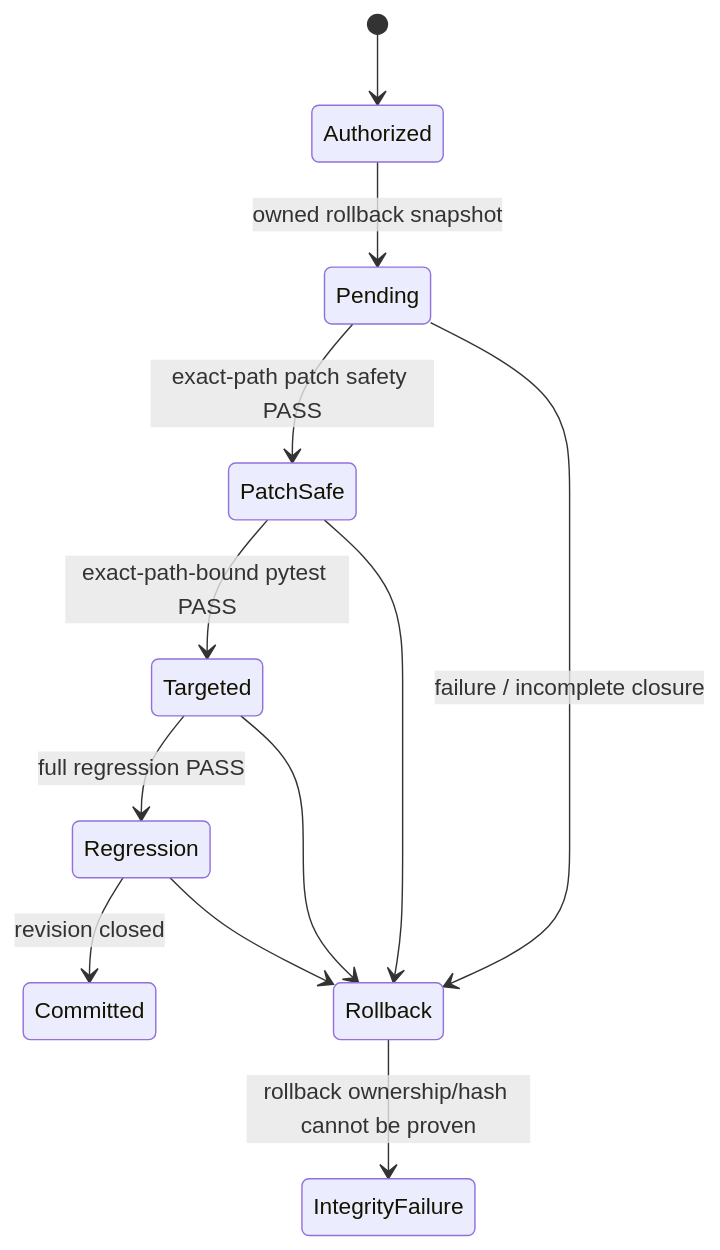
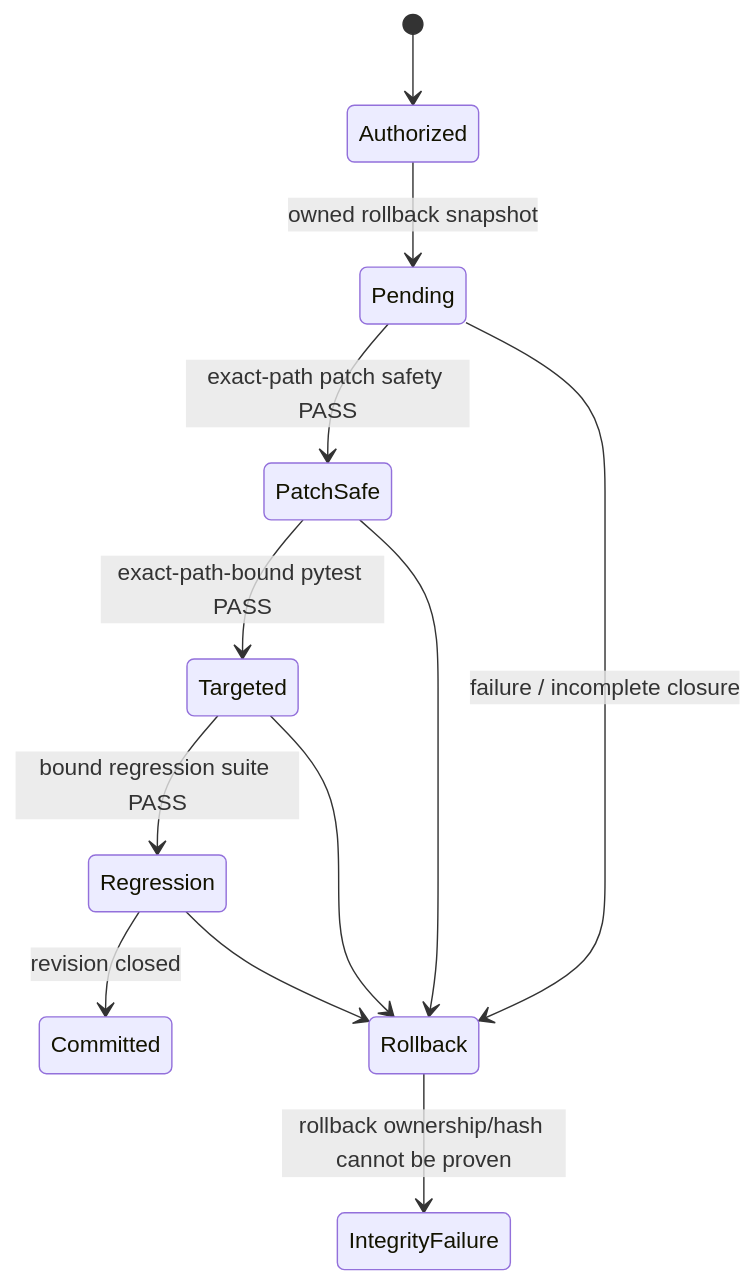
Before and after one commit to portyu9/ai-qa-automation: the diagram in docs/RESULT_CONTRACT.md, drawn with Mermaid. The commit also changed other lines of this file, not shown here.

Commit message:
Document regression suite authority

````diff
--- a/docs/RESULT_CONTRACT.md
+++ b/docs/RESULT_CONTRACT.md
@@ -114,18 +118,18 @@
 ```mermaid
 stateDiagram-v2
     accTitle: Revision-bound mutation transaction from authorization through rollback-backed validation closure
-    accDescr: An authorized mutation receives an owned rollback snapshot and enters a pending state. Exact-path patch safety, exact-path-bound targeted pytest, and full regression must all pass before commit; failures or incomplete closure route to rollback, and unprovable rollback ownership or integrity escalates to infrastructure failure.
+    accDescr: An authorized mutation receives an owned rollback snapshot and enters a pending state. Exact-path patch safety, exact-path-bound targeted pytest, and one controller-bound reconciled full-regression suite must all pass before commit; failures or incomplete closure route to rollback, and unprovable rollback ownership or integrity escalates to infrastructure failure.
 
     [*] --> Authorized
     Authorized --> Pending: owned rollback snapshot
     Pending --> PatchSafe: exact-path patch safety PASS
     PatchSafe --> Targeted: exact-path-bound pytest PASS
-    Targeted --> Regression: full regression PASS
+    Targeted --> Regression: bound regression suite PASS
     Regression --> Committed: revision closed
 
     Pending --> Rollback: failure / incomplete closure
     PatchSafe --> Rollback
     Targeted --> Rollback
     Regression --> Rollback
     Rollback --> IntegrityFailure: rollback ownership/hash cannot be proven
 ```
````
